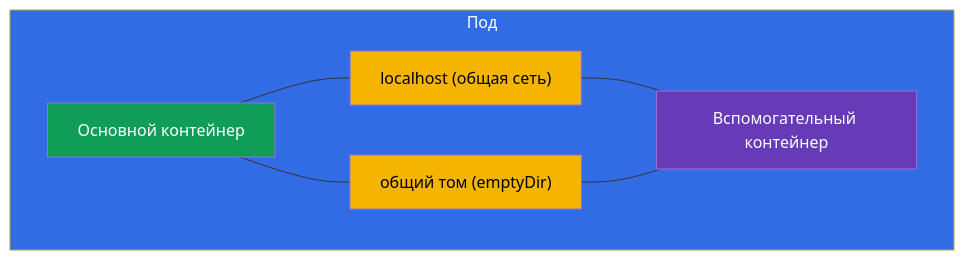
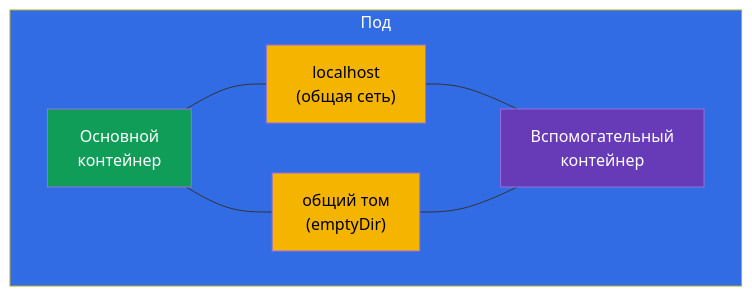
Before and after one commit to ViktorUJ/cks: the second of 6 diagrams in tasks/cka/course/22/ru.md, drawn with Mermaid. The commit also changed other lines of this file, not shown here.

````diff
--- a/tasks/cka/course/22/ru.md
+++ b/tasks/cka/course/22/ru.md
@@ -56,16 +56,16 @@
 ```mermaid
 flowchart TB
     subgraph Pod["Под"]
-        main["Основной контейнер"]
-        helper["Вспомогательный контейнер"]
-        net["localhost (общая сеть)"]
-        vol["общий том (emptyDir)"]
+        main["Основной<br>контейнер"]
+        helper["Вспомогательный<br>контейнер"]
+        net["localhost<br>(общая сеть)"]
+        vol["общий том<br>(emptyDir)"]
         main --- net --- helper
         main --- vol --- helper
     end
     style Pod fill:#326ce5,color:#fff
     style main fill:#0f9d58,color:#fff
     style helper fill:#673ab7,color:#fff
     style net fill:#f4b400,color:#000
     style vol fill:#f4b400,color:#000
 ```
````
